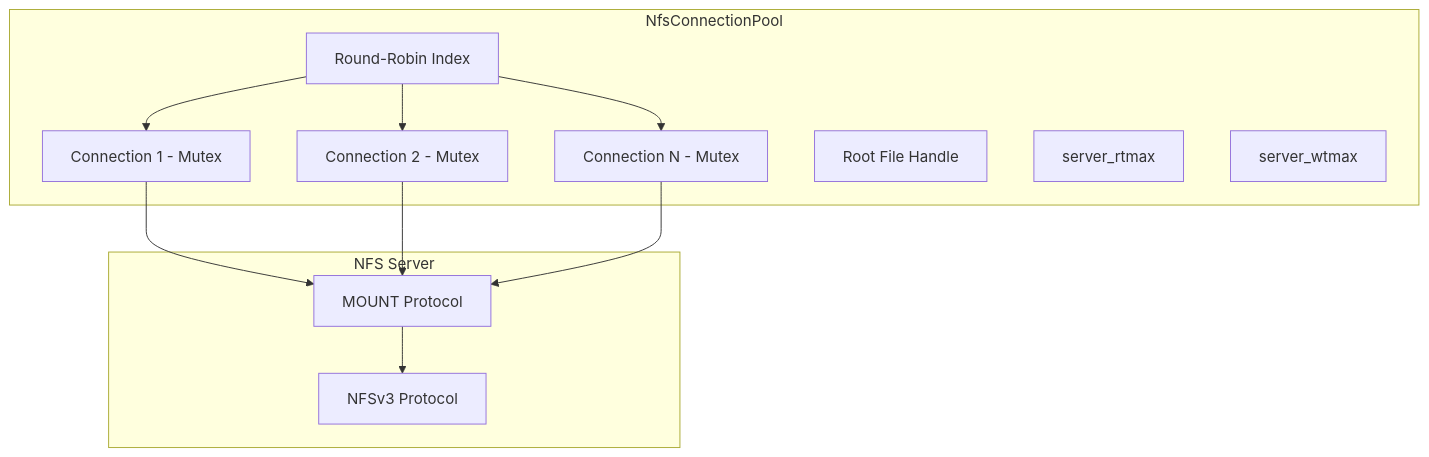
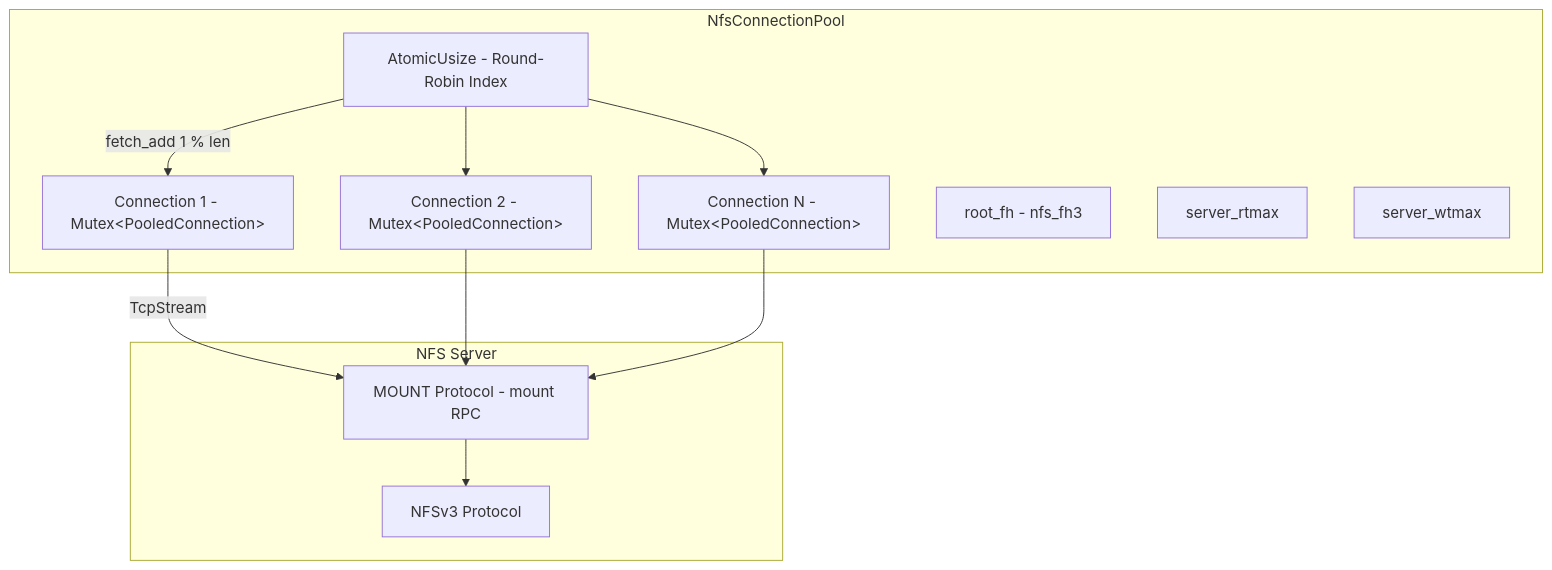
The first of 2 diagrams in wiki/docs/transports/nfs.md (XUranus/fpt-rs), drawn with Mermaid before and after one commit. The commit also changed other lines of this file and 60 other files, not shown here.

First line of the commit message:
Enhance wiki: code snippets, mermaid diagrams, i18n zh-CN support

````diff
--- a/wiki/docs/transports/nfs.md
+++ b/wiki/docs/transports/nfs.md
@@ -51,25 +53,25 @@
 ```mermaid
 graph TB
     subgraph "NfsConnectionPool"
-        C1[Connection 1 - Mutex]
-        C2[Connection 2 - Mutex]
-        CN[Connection N - Mutex]
-        RR[Round-Robin Index]
-        RFH[Root File Handle]
-        RTMAX[server_rtmax]
-        WTMAX[server_wtmax]
+        C1["Connection 1 - Mutex&lt;PooledConnection&gt;"]
+        C2["Connection 2 - Mutex&lt;PooledConnection&gt;"]
+        CN["Connection N - Mutex&lt;PooledConnection&gt;"]
+        RR[AtomicUsize - Round-Robin Index]
+        RFH[root_fh - nfs_fh3]
+        RT[server_rtmax]
+        WT[server_wtmax]
     end
 
     subgraph "NFS Server"
-        MOUNT[MOUNT Protocol]
+        MOUNT[MOUNT Protocol - mount RPC]
         NFS3[NFSv3 Protocol]
     end
 
-    RR --> C1
+    RR -->|fetch_add 1 % len| C1
     RR --> C2
     RR --> CN
-    C1 --> MOUNT
+    C1 -->|TcpStream| MOUNT
     C2 --> MOUNT
     CN --> MOUNT
     MOUNT --> NFS3
 ```
````
